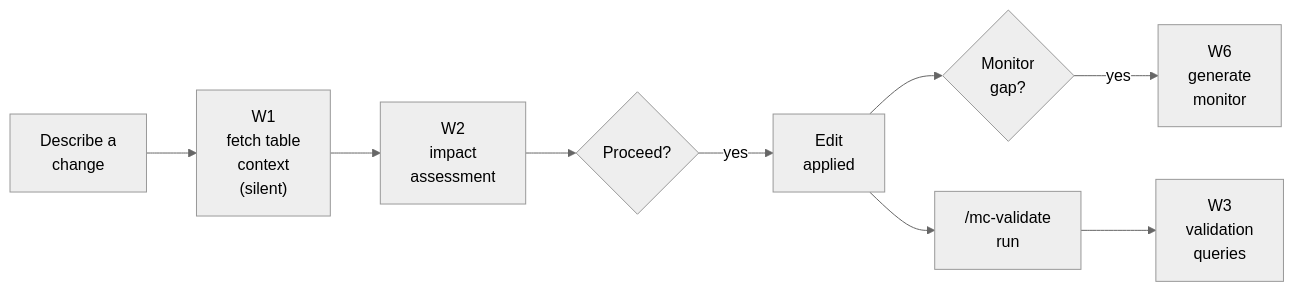
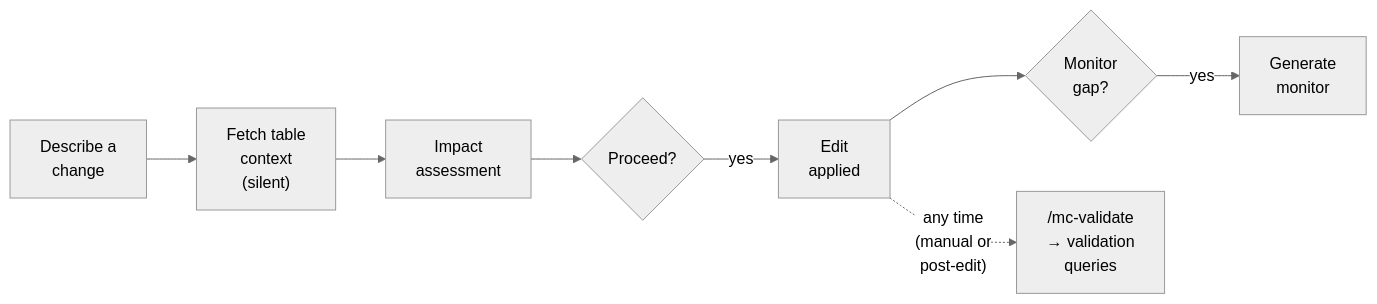
Before and after one commit to monte-carlo-data/mc-agent-toolkit: the diagram in skills/prevent/README.md, drawn with Mermaid (neutral theme). The commit also changed other lines of this file, not shown here.

Commit message:
docs(prevent): drop internal W-numbers from chart, fix /mc-validate label

````diff
--- a/skills/prevent/README.md
+++ b/skills/prevent/README.md
@@ -69,11 +69,10 @@
 ```mermaid
 flowchart LR
-    A["Describe a<br/>change"] --> B["W1<br/>fetch table<br/>context<br/>(silent)"]
-    B --> C["W2<br/>impact<br/>assessment"]
+    A["Describe a<br/>change"] --> B["Fetch table<br/>context<br/>(silent)"]
+    B --> C["Impact<br/>assessment"]
     C --> D{"Proceed?"}
     D -- yes --> E["Edit<br/>applied"]
     E --> F{"Monitor<br/>gap?"}
-    F -- yes --> G["W6<br/>generate<br/>monitor"]
-    E --> H["/mc-validate<br/>run"]
-    H --> I["W3<br/>validation<br/>queries"]
+    F -- yes --> G["Generate<br/>monitor"]
+    E -.->|"any time<br/>(manual or<br/>post-edit)"| H["/mc-validate<br/>→ validation<br/>queries"]
 ```
````
